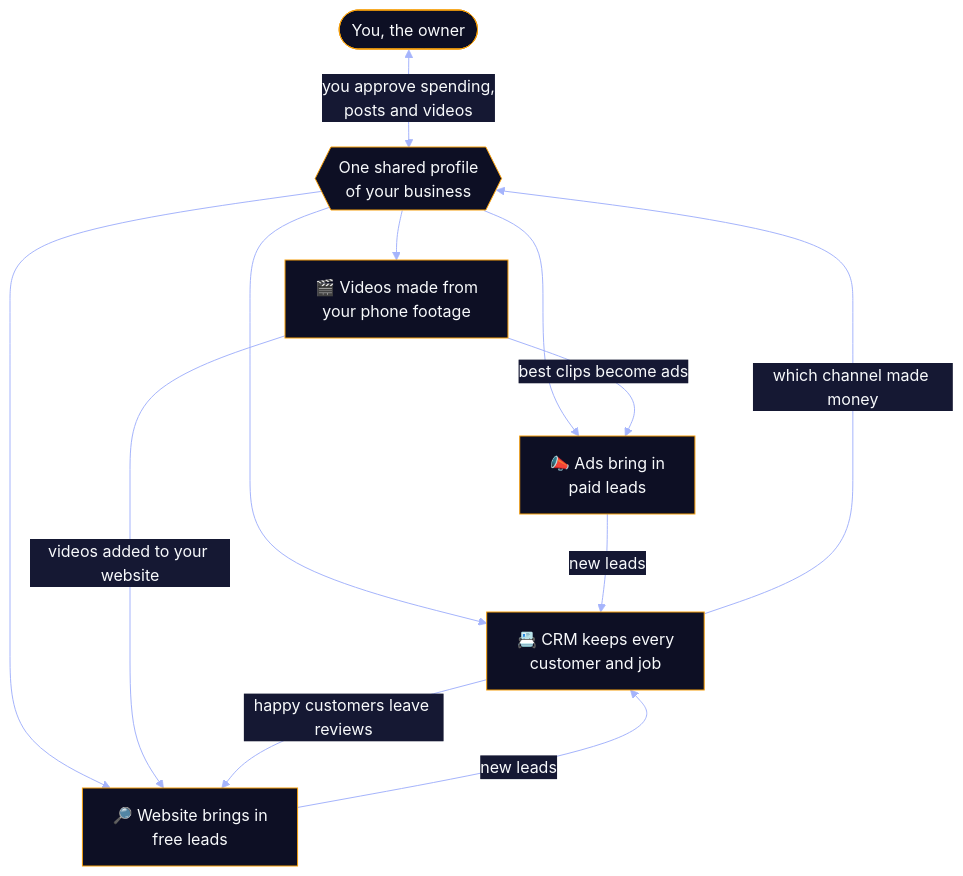
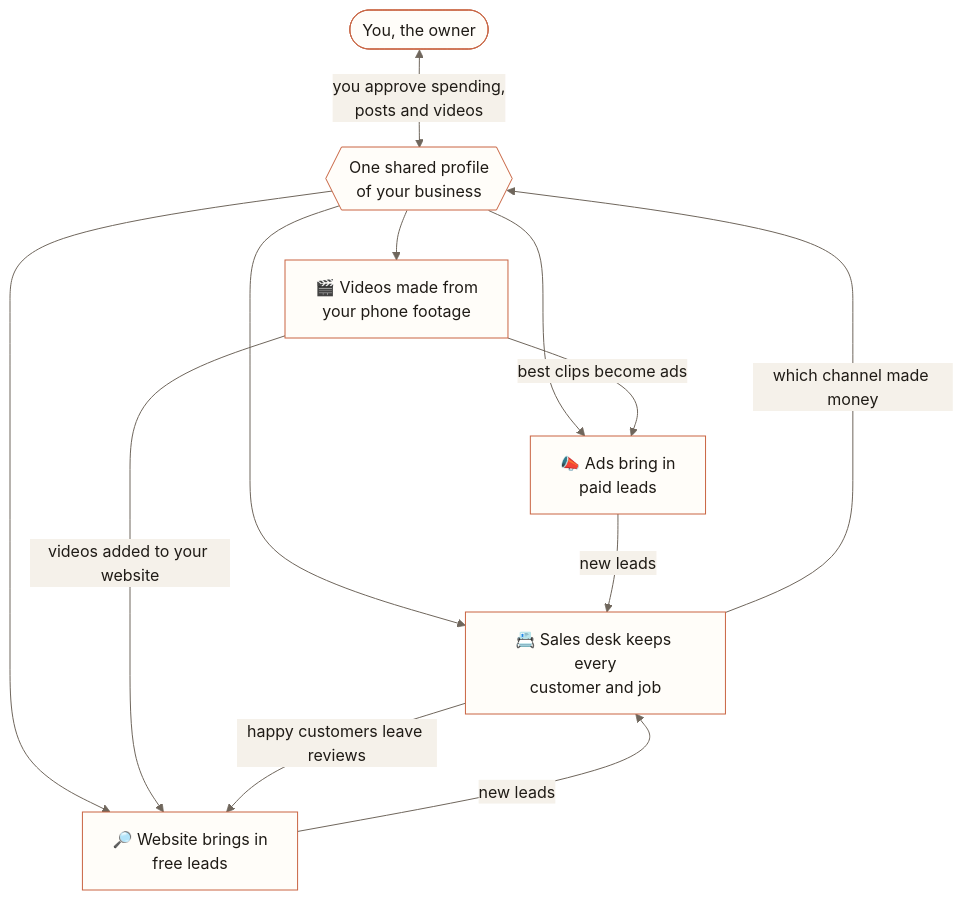
Before and after one commit to F0rger123/claude-business-god-mode: the first of 3 diagrams in README.md, drawn with Mermaid. The commit also changed other lines of this file and 2 other files, not shown here.

````diff
--- a/README.md
+++ b/README.md
@@ -58,16 +95,16 @@
 ```mermaid
-%%{init: {'theme':'base','themeVariables':{'primaryColor':'#0d0f24','primaryTextColor':'#f8fafc','primaryBorderColor':'#f59e0b','lineColor':'#a5b4fc','secondaryColor':'#151833','tertiaryColor':'#05070f','clusterBkg':'transparent','clusterBorder':'#f59e0b','noteBkgColor':'#151833','noteTextColor':'#f8fafc','actorBkg':'#0d0f24','actorTextColor':'#f8fafc','actorBorder':'#f59e0b','signalColor':'#a5b4fc','signalTextColor':'#a5b4fc','labelBoxBkgColor':'#0d0f24','fontFamily':'inherit'}}}%%
+%%{init: {'theme':'base','themeVariables':{'primaryColor':'#fffdf9','primaryTextColor':'#1f1b16','primaryBorderColor':'#c96442','lineColor':'#6f665c','secondaryColor':'#f5f1ea','tertiaryColor':'#efe7da','clusterBkg':'transparent','clusterBorder':'#c96442','noteBkgColor':'#f5f1ea','noteTextColor':'#1f1b16','actorBkg':'#fffdf9','actorTextColor':'#1f1b16','actorBorder':'#c96442','signalColor':'#6f665c','signalTextColor':'#6f665c','labelBoxBkgColor':'#fffdf9','fontFamily':'inherit'}}}%%
 flowchart TB
     Owner(["You, the owner"]) <-->|"you approve spending,<br/>posts and videos"| Hub
     Hub{{"One shared profile<br/>of your business"}}
-    Hub --> CRM["📇 CRM keeps every<br/>customer and job"]
+    Hub --> CRM["📇 Sales desk keeps every<br/>customer and job"]
     Hub --> Ads["📣 Ads bring in<br/>paid leads"]
     Hub --> SEO["🔎 Website brings in<br/>free leads"]
     Hub --> Video["🎬 Videos made from<br/>your phone footage"]
     Ads -- "new leads" --> CRM
     SEO -- "new leads" --> CRM
     Video -- "best clips become ads" --> Ads
     Video -- "videos added to your website" --> SEO
     CRM -- "happy customers leave reviews" --> SEO
     CRM -- "which channel made money" --> Hub
 ```
````
